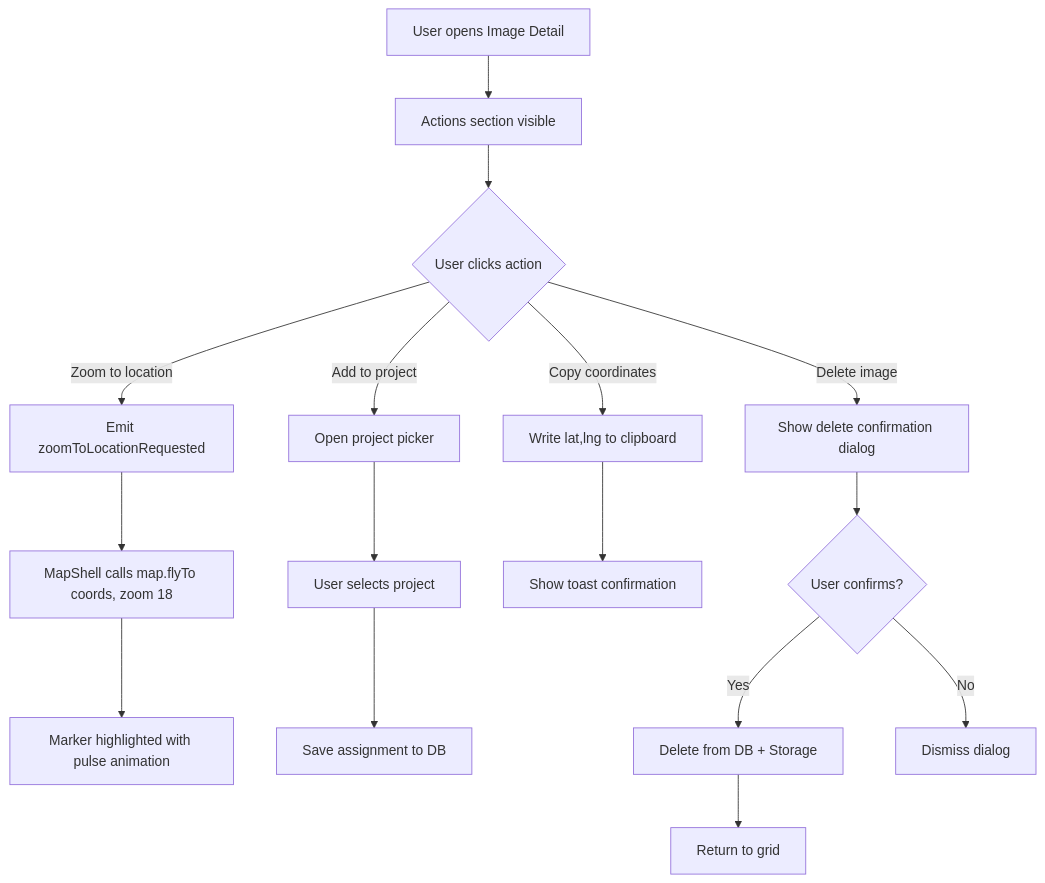
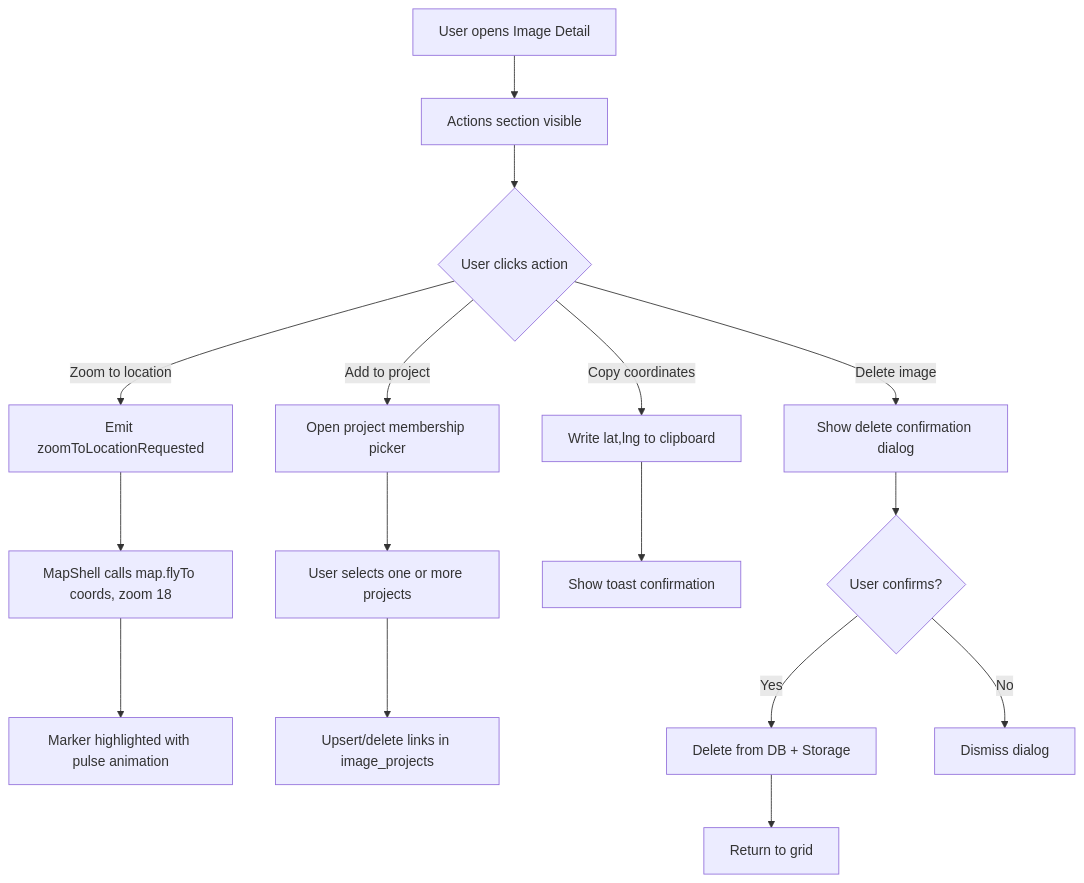
Before and after one commit to matkleve/feldpost: the diagram in docs/element-specs/image-detail-actions.md, drawn with Mermaid. The commit also changed other lines of this file and 28 other files, not shown here.

First line of the commit message:
feat: implement multi-project membership for images

````diff
--- a/docs/element-specs/image-detail-actions.md
+++ b/docs/element-specs/image-detail-actions.md
@@ -80,22 +80,22 @@
 ```mermaid
 flowchart TD
     A[User opens Image Detail] --> B[Actions section visible]
     B --> C{User clicks action}
 
     C -->|Zoom to location| E[Emit zoomToLocationRequested]
     E --> E1[MapShell calls map.flyTo coords, zoom 18]
     E1 --> E2[Marker highlighted with pulse animation]
 
-    C -->|Add to project| F[Open project picker]
-    F --> F1[User selects project]
-    F1 --> F2[Save assignment to DB]
+    C -->|Add to project| F[Open project membership picker]
+    F --> F1[User selects one or more projects]
+    F1 --> F2[Upsert/delete links in image_projects]
 
     C -->|Copy coordinates| G[Write lat,lng to clipboard]
     G --> G1[Show toast confirmation]
 
     C -->|Delete image| H[Show delete confirmation dialog]
     H --> H1{User confirms?}
     H1 -->|Yes| H2[Delete from DB + Storage]
     H2 --> H3[Return to grid]
     H1 -->|No| H4[Dismiss dialog]
 ```
````
